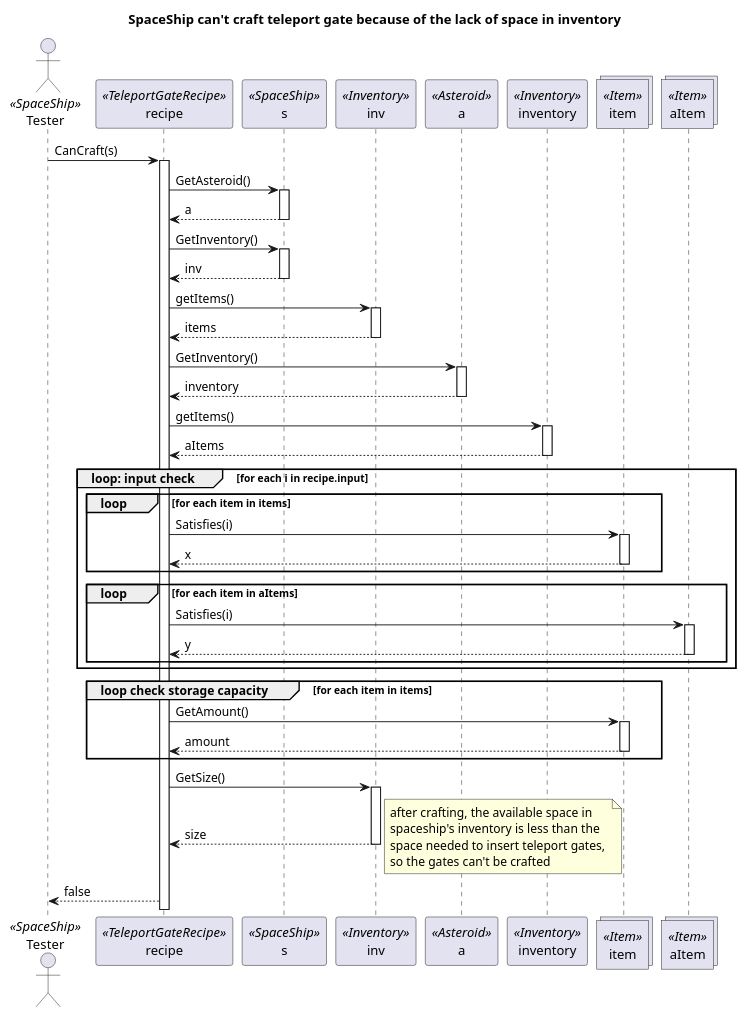
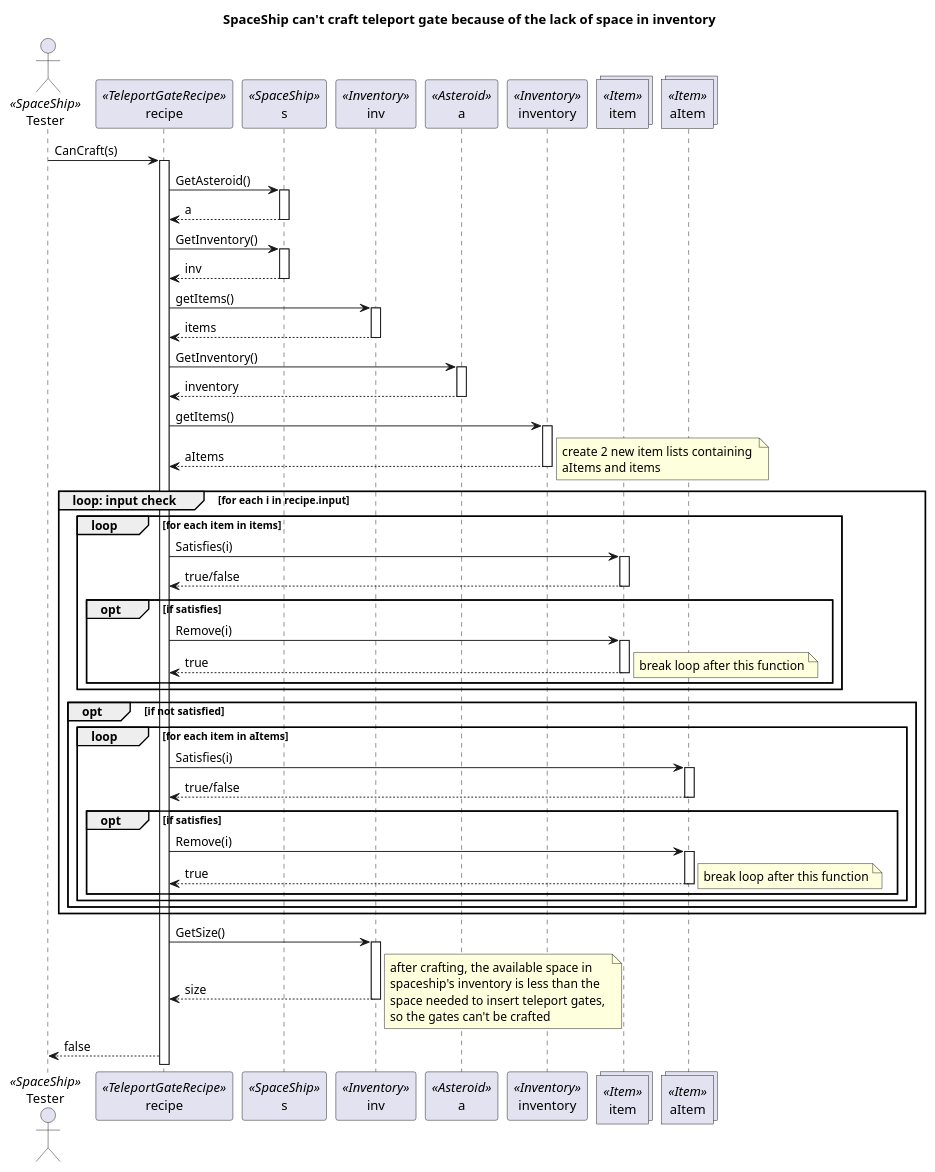
One commit to viseguard-studios/Documentation changed the diagram in docs/bead07/Diagrams/CraftTeleportGate/6.Not_possible_to_craft_gate_2.puml. Above: the diagram before and after it, drawn with PlantUML. The commit also changed 6 other files, not shown here.

```diff
--- a/docs/bead07/Diagrams/CraftTeleportGate/6.Not_possible_to_craft_gate_2.puml
+++ b/docs/bead07/Diagrams/CraftTeleportGate/6.Not_possible_to_craft_gate_2.puml
@@ -1,63 +1,85 @@
 @startuml
 actor Tester as Tester <<SpaceShip>>
 participant recipe as recipe <<TeleportGateRecipe>>
 participant s as s <<SpaceShip>>
 participant inv as inv <<Inventory>>
 participant a as a <<Asteroid>>
 participant inventory as inventory <<Inventory>>
 collections item as item <<Item>>
 collections aItem as aItem <<Item>>
 
 title SpaceShip can't craft teleport gate because of the lack of space in inventory
 
 Tester-> recipe++: CanCraft(s)
 recipe -> s++: GetAsteroid()
 
 s --> recipe--: a
 recipe -> s++: GetInventory()
 
 s --> recipe--: inv
 
 recipe -> inv++: getItems()
 inv --> recipe--: items
 
 recipe -> a++: GetInventory()
 a --> recipe--: inventory
 
 recipe -> inventory++: getItems()
 inventory --> recipe--: aItems
 
+note right
+create 2 new item lists containing 
+aItems and items 
+end note
+
 group loop: input check[for each i in recipe.input]
 
     group loop [for each item in items]
         recipe -> item++: Satisfies(i)
-        item --> recipe--: x
+        item --> recipe--: true/false
+        opt if satisfies
+        recipe -> item++: Remove(i)
+        item --> recipe--: true
+
+        note right
+        break loop after this function
+        end note
+
+        end
     end
 
-    group loop [for each item in aItems]
-        recipe -> aItem++: Satisfies(i)
-        aItem --> recipe--: y
+    opt if not satisfied
+            group loop [for each item in aItems]
+            recipe -> aItem++: Satisfies(i)
+            aItem --> recipe--: true/false
+                opt if satisfies
+                recipe -> aItem++: Remove(i)
+                aItem --> recipe--: true
+
+                note right
+                break loop after this function
+                end note
+
+                end
+            end
     end
+
 end
 
-group loop check storage capacity [for each item in items]
-recipe -> item++: GetAmount()
-item-->recipe--: amount
-end
 
 recipe -> inv++: GetSize()
 inv-->recipe--: size
 
 note right
 after crafting, the available space in 
 spaceship's inventory is less than the 
 space needed to insert teleport gates, 
 so the gates can't be crafted
 end note
 
 recipe --> Tester: false
 
 
 
 
 @enduml
```
